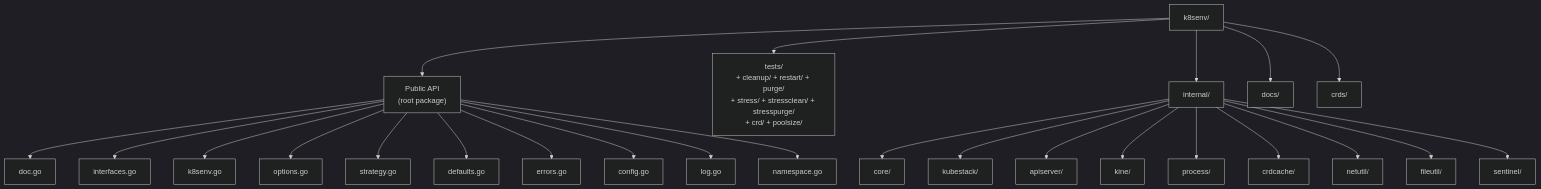
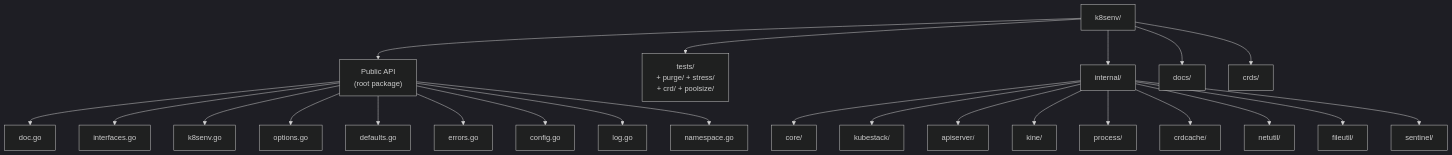
Before and after one commit to giantswarm/k8senv: the diagram in docs/reference/directory-structure.md, drawn with Mermaid (dark theme). The commit also changed other lines of this file and 6 other files, not shown here.

````diff
--- a/docs/reference/directory-structure.md
+++ b/docs/reference/directory-structure.md
@@ -5,29 +5,28 @@
 ```mermaid
 flowchart TD
     Root["k8senv/"] --> Public["Public API\n(root package)"]
-    Root --> Tests["tests/\n+ cleanup/ + restart/ + purge/\n+ stress/ + stressclean/ + stresspurge/\n+ crd/ + poolsize/"]
+    Root --> Tests["tests/\n+ purge/ + stress/\n+ crd/ + poolsize/"]
     Root --> Internal["internal/"]
     Root --> Docs["docs/"]
     Root --> CRDs["crds/"]
 
     Public --> doc["doc.go"]
     Public --> ifaces["interfaces.go"]
     Public --> factory["k8senv.go"]
     Public --> opts["options.go"]
-    Public --> strat["strategy.go"]
     Public --> defs["defaults.go"]
     Public --> errs["errors.go"]
     Public --> cfg["config.go"]
     Public --> log["log.go"]
     Public --> ns["namespace.go"]
 
     Internal --> Core["core/"]
     Internal --> KubeStack["kubestack/"]
     Internal --> APIServerPkg["apiserver/"]
     Internal --> KinePkg["kine/"]
     Internal --> Process["process/"]
     Internal --> CRDCachePkg["crdcache/"]
     Internal --> NetUtil["netutil/"]
     Internal --> FileUtil["fileutil/"]
     Internal --> Sentinel["sentinel/"]
 ```
````
